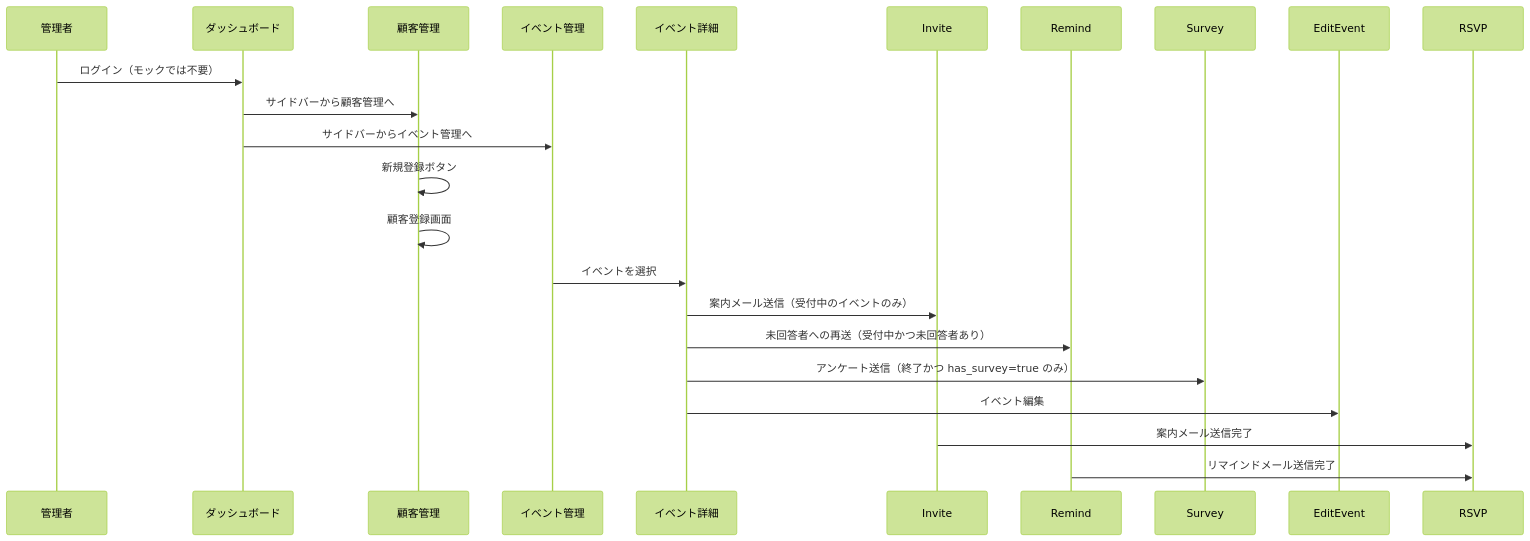
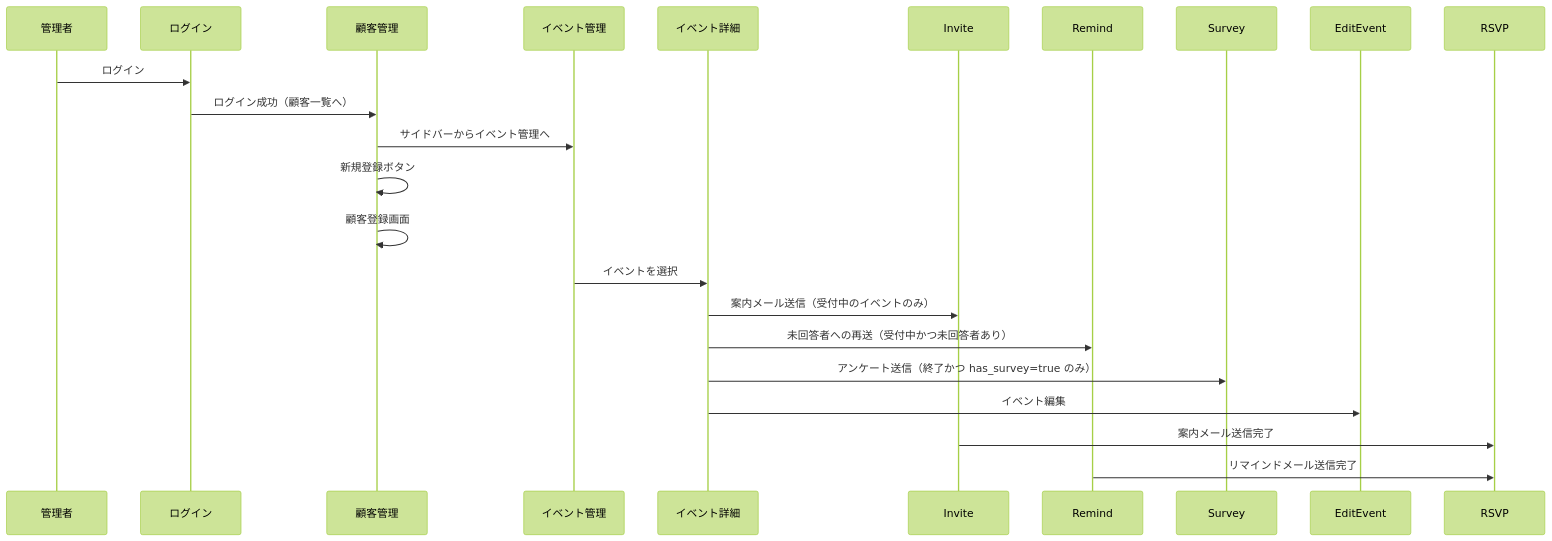
One commit to anhklv/marcopolo-portal-mirror changed the second of 3 diagrams in docs/画面設計書.md. Above: the diagram before and after it, drawn with Mermaid (forest theme). The commit also changed other lines of this file and 6 other files, not shown here.

````diff
--- a/docs/画面設計書.md
+++ b/docs/画面設計書.md
@@ -89,23 +89,23 @@
 ```mermaid
 sequenceDiagram
     participant Admin as 管理者
-    participant Dashboard as ダッシュボード
+    participant Login as ログイン
     participant Customers as 顧客管理
     participant Events as イベント管理
     participant EventDetail as イベント詳細
     
-    Admin->>Dashboard: ログイン（モックでは不要）
-    Dashboard->>Customers: サイドバーから顧客管理へ
-    Dashboard->>Events: サイドバーからイベント管理へ
+    Admin->>Login: ログイン
+    Login->>Customers: ログイン成功（顧客一覧へ）
+    Customers->>Events: サイドバーからイベント管理へ
     
     Customers->>Customers: 新規登録ボタン
     Customers->>Customers: 顧客登録画面
     
     Events->>EventDetail: イベントを選択
     EventDetail->>Invite: 案内メール送信（受付中のイベントのみ）
     EventDetail->>Remind: 未回答者への再送（受付中かつ未回答者あり）
     EventDetail->>Survey: アンケート送信（終了かつ has_survey=true のみ）
     EventDetail->>EditEvent: イベント編集
     Invite->>RSVP: 案内メール送信完了
     Remind->>RSVP: リマインドメール送信完了
 ```
````
